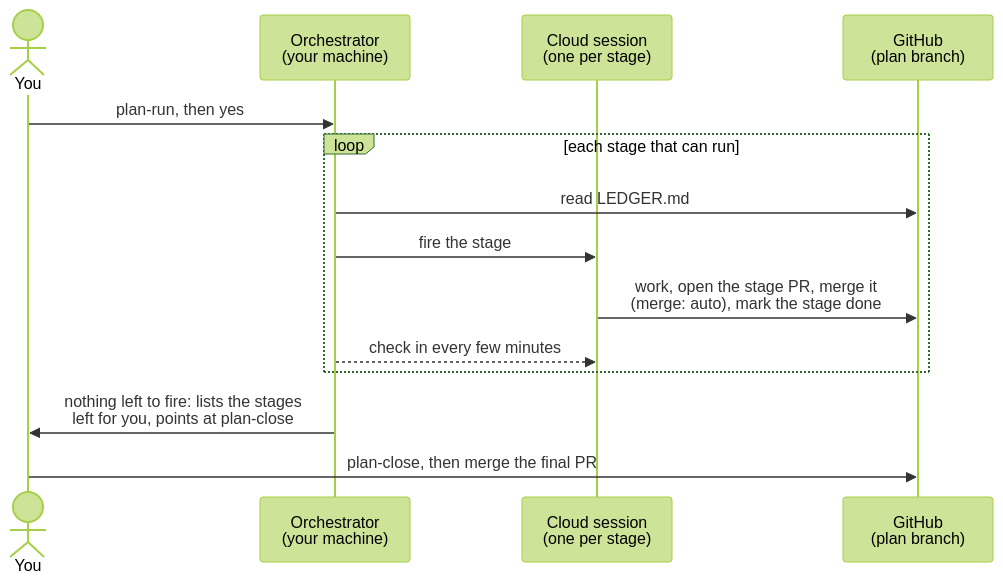
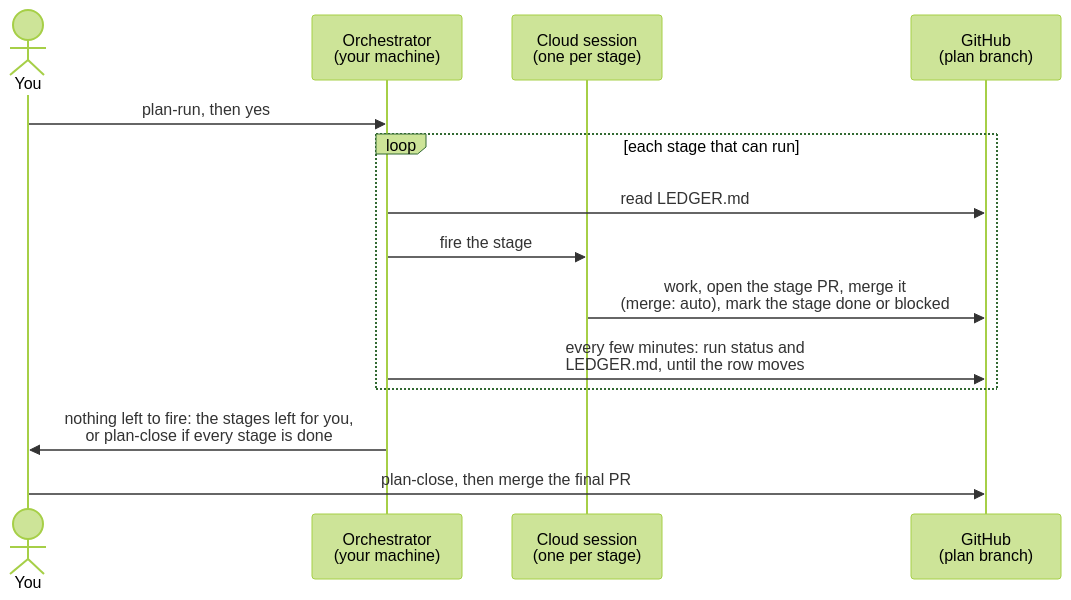
One commit to by-carlos/plan-staged-rollout changed the diagram in docs/ON-THE-RUN.md. Above: the diagram before and after it, drawn with Mermaid (forest theme). The commit also changed other lines of this file and 9 other files, not shown here.

````diff
--- a/docs/ON-THE-RUN.md
+++ b/docs/ON-THE-RUN.md
@@ -12,16 +12,16 @@
 ```mermaid
 sequenceDiagram
     actor You
     participant O as Orchestrator<br/>(your machine)
     participant C as Cloud session<br/>(one per stage)
     participant G as GitHub<br/>(plan branch)
     You->>O: plan-run, then yes
     loop each stage that can run
         O->>G: read LEDGER.md
         O->>C: fire the stage
-        C->>G: work, open the stage PR, merge it<br/>(merge: auto), mark the stage done
-        O-->>C: check in every few minutes
+        C->>G: work, open the stage PR, merge it<br/>(merge: auto), mark the stage done or blocked
+        O->>G: every few minutes: run status and<br/>LEDGER.md, until the row moves
     end
-    O->>You: nothing left to fire: lists the stages<br/>left for you, points at plan-close
+    O->>You: nothing left to fire: the stages left for you,<br/>or plan-close if every stage is done
     You->>G: plan-close, then merge the final PR
 ```
````
